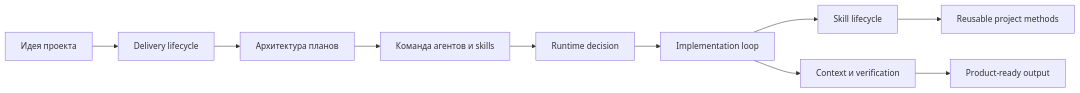
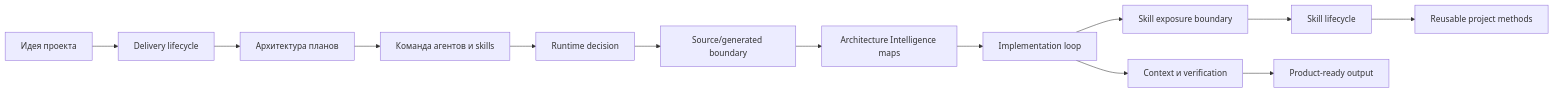
Before and after one commit to alexroadcaster/product-agent-os: the diagram in docs/diagrams/index.md, drawn with Mermaid. The commit also changed other lines of this file and 24 other files, not shown here.

Commit message:
Document Track 11 G3 diagram atlas and architecture maps

````diff
--- a/docs/diagrams/index.md
+++ b/docs/diagrams/index.md
@@ -33,12 +41,15 @@
 ```mermaid
 flowchart LR
     A["Идея проекта"] --> B["Delivery lifecycle"]
     B --> B1["Архитектура планов"]
     B1 --> C["Команда агентов и skills"]
     C --> D["Runtime decision"]
-    D --> E["Implementation loop"]
-    E --> F["Skill lifecycle"]
-    E --> G["Context и verification"]
-    F --> H["Reusable project methods"]
-    G --> I["Product-ready output"]
+    D --> E["Source/generated boundary"]
+    E --> F["Architecture Intelligence maps"]
+    F --> G["Implementation loop"]
+    G --> H["Skill exposure boundary"]
+    H --> I["Skill lifecycle"]
+    G --> J["Context и verification"]
+    I --> K["Reusable project methods"]
+    J --> L["Product-ready output"]
 ```
````
